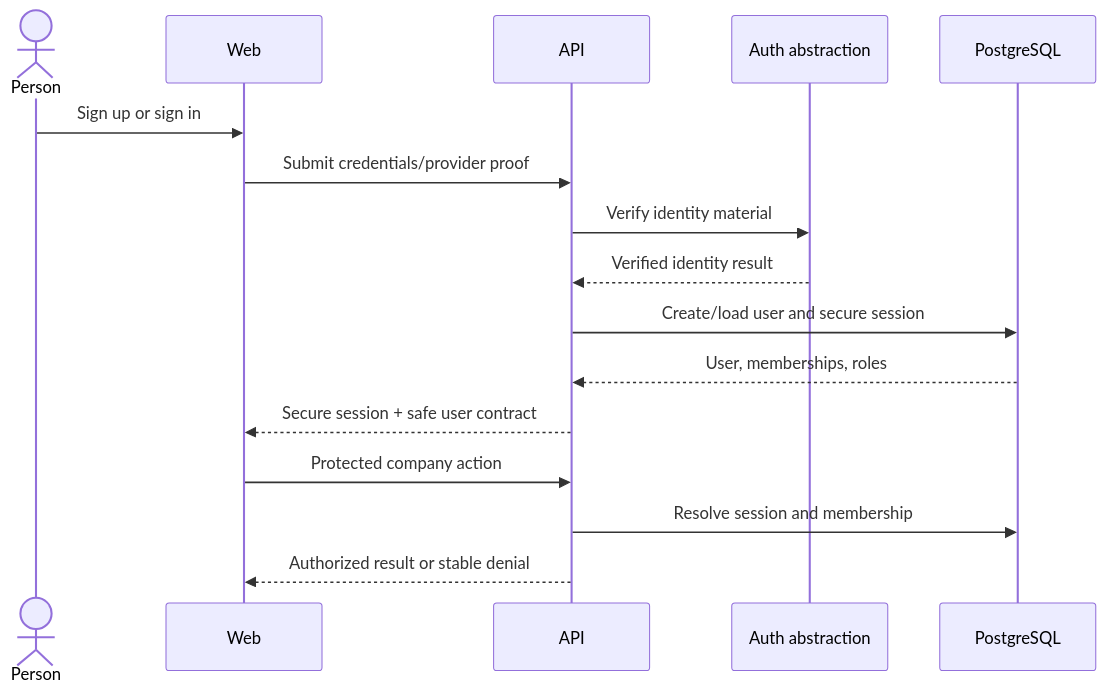
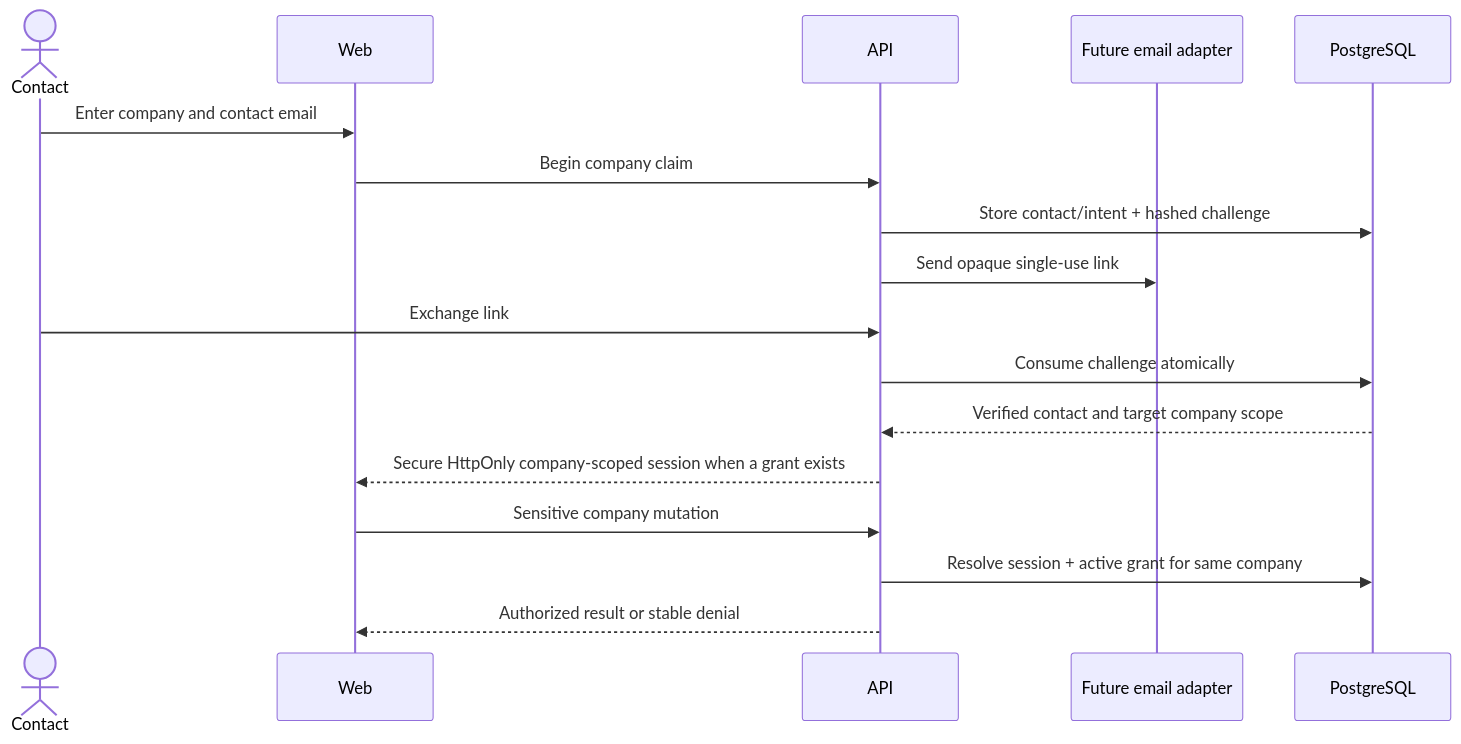
One commit to ren0777/takeover-platform changed the second of 8 diagrams in docs/ARCHITECTURE.md. Above: the diagram before and after it, drawn with Mermaid. The commit also changed other lines of this file and 6 other files, not shown here.

````diff
--- a/docs/ARCHITECTURE.md
+++ b/docs/ARCHITECTURE.md
@@ -62,18 +64,19 @@
 ```mermaid
 sequenceDiagram
-  actor Person
+  actor Contact
   participant Web
   participant API
-  participant Auth as Auth abstraction
+  participant Email as Future email adapter
   participant DB as PostgreSQL
-  Person->>Web: Sign up or sign in
-  Web->>API: Submit credentials/provider proof
-  API->>Auth: Verify identity material
-  Auth-->>API: Verified identity result
-  API->>DB: Create/load user and secure session
-  DB-->>API: User, memberships, roles
-  API-->>Web: Secure session + safe user contract
-  Web->>API: Protected company action
-  API->>DB: Resolve session and membership
+  Contact->>Web: Enter company and contact email
+  Web->>API: Begin company claim
+  API->>DB: Store contact/intent + hashed challenge
+  API->>Email: Send opaque single-use link
+  Contact->>API: Exchange link
+  API->>DB: Consume challenge atomically
+  DB-->>API: Verified contact and target company scope
+  API-->>Web: Secure HttpOnly company-scoped session when a grant exists
+  Web->>API: Sensitive company mutation
+  API->>DB: Resolve session + active grant for same company
   API-->>Web: Authorized result or stable denial
 ```
````
